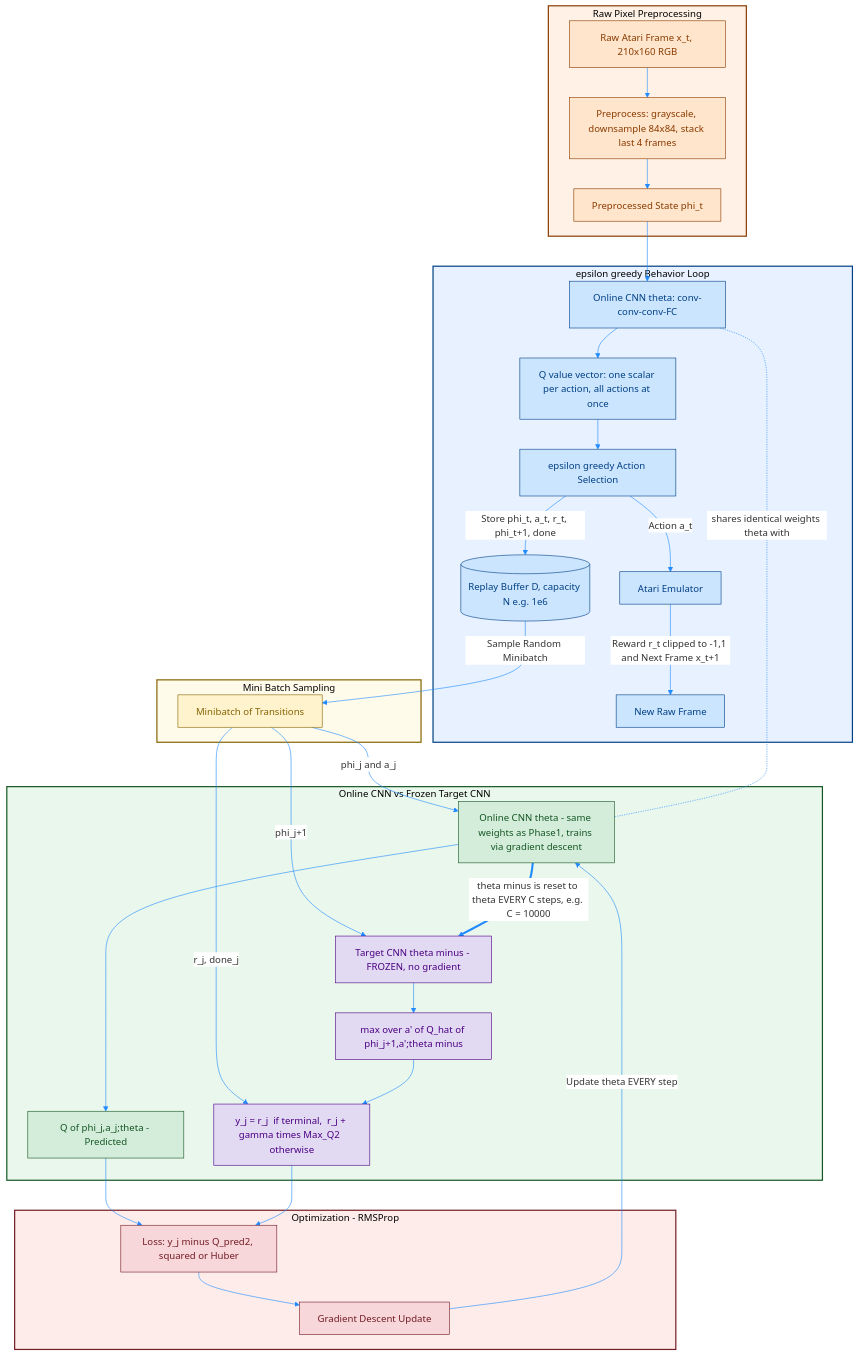
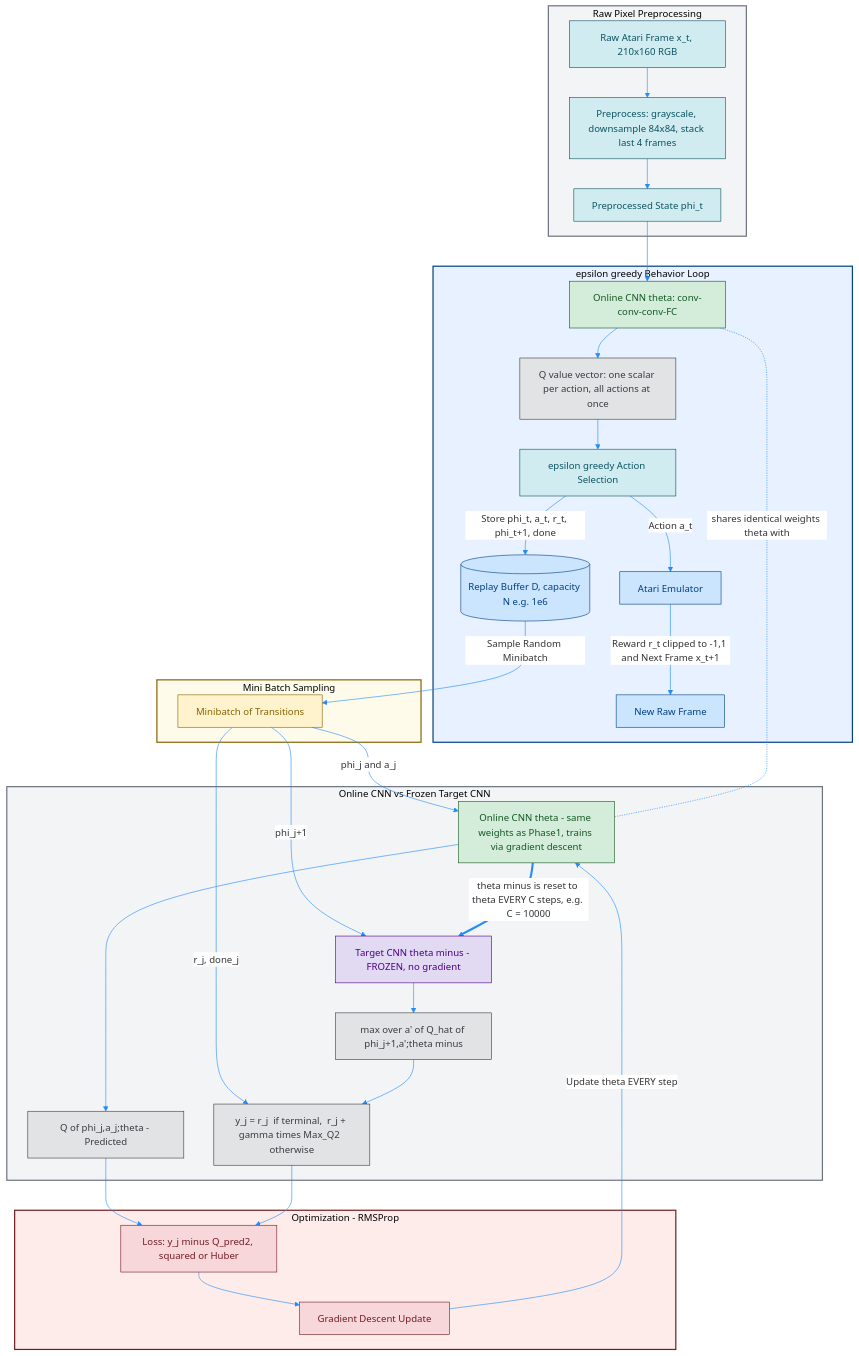
The second of 3 diagrams in Day81 RL python/02_Miguel Morales - Grokking Deep Reinforcement Learning/02_rl_with_dl/rom_photos/02_1_VB_DQN.md (Open-Source-Robotics-For-Myanmar/rl), drawn with Mermaid before and after one commit. The commit also changed other lines of this file and 12 other files, not shown here.

````diff
--- a/Day81 RL python/02_Miguel Morales - Grokking Deep Reinforcement Learning/02_rl_with_dl/rom_photos/02_1_VB_DQN.md
+++ b/Day81 RL python/02_Miguel Morales - Grokking Deep Reinforcement Learning/02_rl_with_dl/rom_photos/02_1_VB_DQN.md
@@ -62,61 +87,65 @@
 ```mermaid
 %%{init: {'theme': 'base', 'themeVariables': { 'primaryColor': '#ffffff', 'lineColor': '#218bff'}}}%%
 graph TD
     subgraph Phase0 [Raw Pixel Preprocessing]
         Raw[Raw Atari Frame x_t, 210x160 RGB] --> Pre[Preprocess: grayscale, downsample 84x84, stack last 4 frames]
         Pre --> Phi[Preprocessed State phi_t]
     end
 
     subgraph Phase1 [epsilon greedy Behavior Loop]
         Phi --> CNN_Online[Online CNN theta: conv-conv-conv-FC]
         CNN_Online --> Qvec[Q value vector: one scalar per action, all actions at once]
         Qvec --> Select[epsilon greedy Action Selection]
         Select -->|Action a_t| Emu[Atari Emulator]
         Emu -->|Reward r_t clipped to -1,1 and Next Frame x_t+1| Raw2[New Raw Frame]
         Select -->|Store phi_t, a_t, r_t, phi_t+1, done| Buffer[(Replay Buffer D, capacity N e.g. 1e6)]
     end
 
     subgraph Phase2 [Mini Batch Sampling]
         Buffer -->|Sample Random Minibatch| Batch[Minibatch of Transitions]
     end
 
     subgraph Phase3 [Online CNN vs Frozen Target CNN]
         Batch -->|phi_j and a_j| Q_Current[Online CNN theta - same weights as Phase1, trains via gradient descent]
         Q_Current --> Q_pred2[Q of phi_j,a_j;theta - Predicted]
 
         Batch -->|phi_j+1| Q_Target[Target CNN theta minus - FROZEN, no gradient]
         Q_Target --> Max_Q2[max over a' of Q_hat of phi_j+1,a';theta minus]
         Batch -->|r_j, done_j| Target_Y2["y_j = r_j  if terminal,  r_j + gamma times Max_Q2  otherwise"]
         Max_Q2 --> Target_Y2
     end
 
     subgraph Phase4 [Optimization - RMSProp]
         Q_pred2 --> Loss2[Loss: y_j minus Q_pred2, squared or Huber]
         Target_Y2 --> Loss2
         Loss2 --> Opt2[Gradient Descent Update]
         Opt2 -->|Update theta EVERY step| Q_Current
     end
 
     Q_Current ==>|theta minus is reset to theta EVERY C steps, e.g. C = 10000| Q_Target
     CNN_Online -. shares identical weights theta with .- Q_Current
 
-    classDef preprocess fill:#ffe5cc,stroke:#8a3b00,stroke-width:1px,color:#8a3b00;
-    classDef dataGathering fill:#cce5ff,stroke:#004085,stroke-width:1px,color:#004085;
-    classDef sampling fill:#fff3cd,stroke:#856404,stroke-width:1px,color:#856404;
-    classDef current fill:#d4edda,stroke:#155724,stroke-width:1px,color:#155724;
-    classDef target fill:#e2d9f3,stroke:#4b0082,stroke-width:1px,color:#4b0082;
-    classDef optimization fill:#f8d7da,stroke:#721c24,stroke-width:1px,color:#721c24;
+    classDef data fill:#cce5ff,stroke:#004085,stroke-width:1px,color:#004085;
+    classDef batch fill:#fff3cd,stroke:#856404,stroke-width:1px,color:#856404;
+    classDef train fill:#f8d7da,stroke:#721c24,stroke-width:1px,color:#721c24;
+    classDef process fill:#d1ecf1,stroke:#0c5460,stroke-width:1px,color:#0c5460;
+    classDef result fill:#e2e3e5,stroke:#383d41,stroke-width:1px,color:#383d41;
+    classDef onlineNetwork fill:#d4edda,stroke:#155724,stroke-width:1px,color:#155724;
+    classDef targetNetwork fill:#e2d9f3,stroke:#4b0082,stroke-width:1px,color:#4b0082;
 
-    class Raw,Pre,Phi preprocess;
-    class CNN_Online,Qvec,Select,Emu,Raw2,Buffer dataGathering;
-    class Batch sampling;
-    class Q_Current,Q_pred2 current;
-    class Q_Target,Max_Q2,Target_Y2 target;
-    class Loss2,Opt2 optimization;
+    class Emu,Raw2,Buffer data;
+    class Batch batch;
+    class Loss2,Opt2 train;
+    class Select,Raw,Pre,Phi process;
+    class Qvec,Q_pred2,Max_Q2,Target_Y2 result;
+    class CNN_Online,Q_Current onlineNetwork;
+    class Q_Target targetNetwork;
 
-    style Phase0 fill:#fff1e5,stroke:#8a3b00,stroke-width:2px;
+
+
+    style Phase0 fill:#f3f4f6,stroke:#6b7280,stroke-width:2px;
     style Phase1 fill:#e7f1ff,stroke:#004085,stroke-width:2px;
     style Phase2 fill:#fffbea,stroke:#856404,stroke-width:2px;
-    style Phase3 fill:#eaf7ec,stroke:#155724,stroke-width:2px;
+    style Phase3 fill:#f3f4f6,stroke:#6b7280,stroke-width:2px;
     style Phase4 fill:#fdecea,stroke:#721c24,stroke-width:2px;
 ```
````
